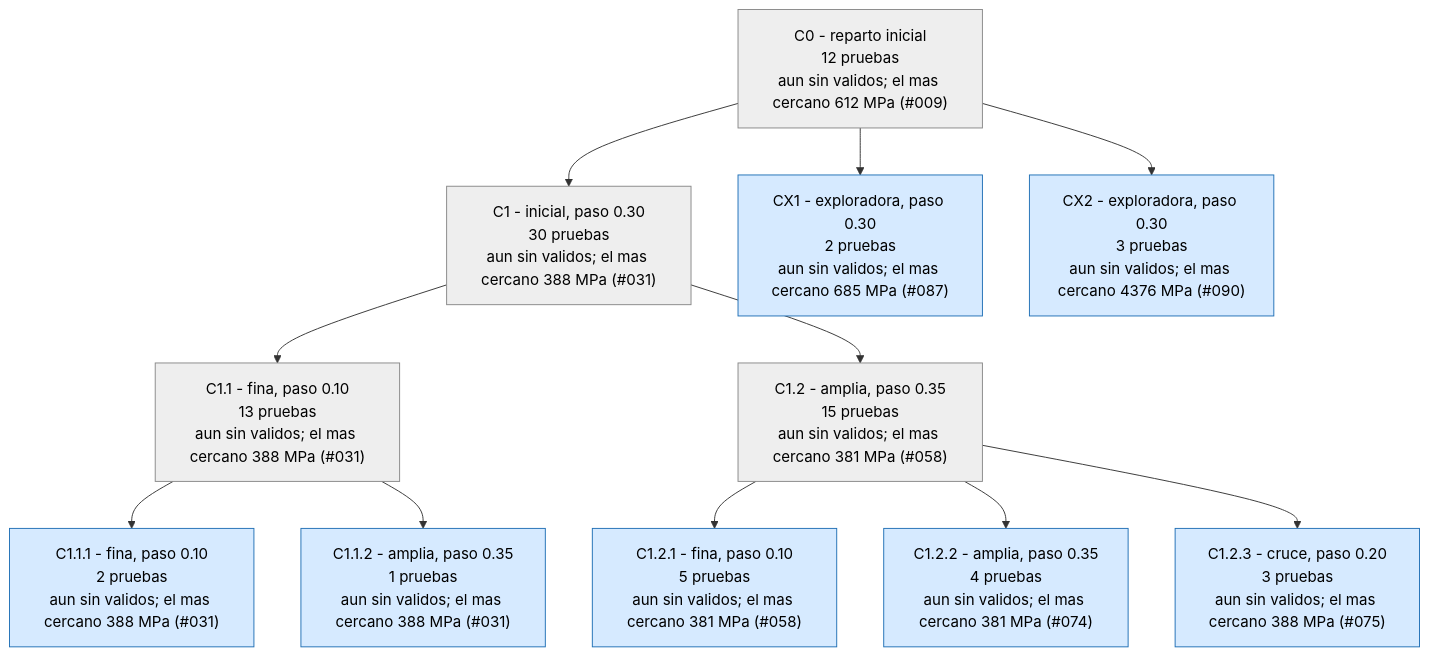
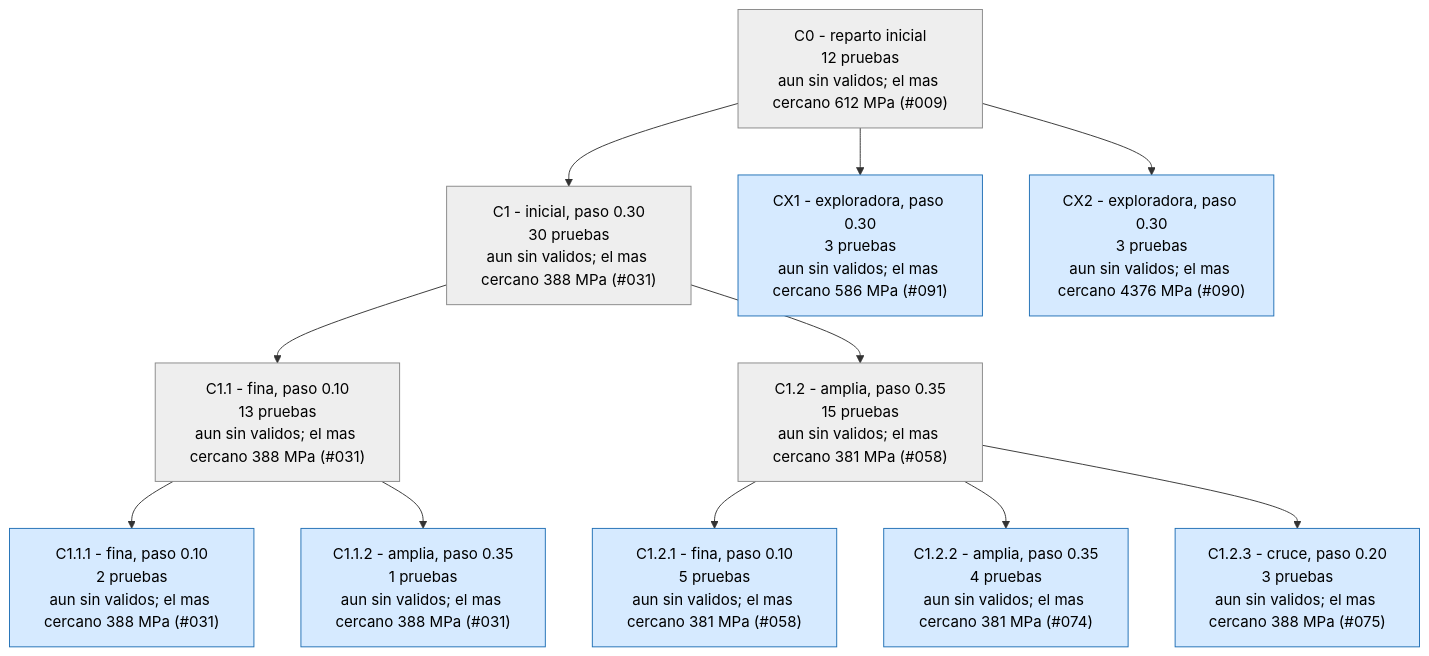
The third of 4 diagrams in runs/opt_37800N/ARBOL.md (Hugiko/msd-soporte-optimizacion), drawn with Mermaid before and after one commit. The commit also changed 21 other files, not shown here.

````diff
--- a/runs/opt_37800N/ARBOL.md
+++ b/runs/opt_37800N/ARBOL.md
@@ -109,27 +109,27 @@
 ```mermaid
 graph TD
 classDef activa fill:#d6eaff,stroke:#1f6fb5,color:#000
 classDef fin fill:#eeeeee,stroke:#888,color:#000
 classDef mejor fill:#c8f0c0,stroke:#1a9850,stroke-width:4px,color:#000
 C0["C0 - reparto inicial<br/>12 pruebas<br/>aun sin validos; el mas cercano 612 MPa (#009)"]:::fin
 C1["C1 - inicial, paso 0.30<br/>30 pruebas<br/>aun sin validos; el mas cercano 388 MPa (#031)"]:::fin
 C0 --> C1
 C1_1["C1.1 - fina, paso 0.10<br/>13 pruebas<br/>aun sin validos; el mas cercano 388 MPa (#031)"]:::fin
 C1 --> C1_1
 C1_2["C1.2 - amplia, paso 0.35<br/>15 pruebas<br/>aun sin validos; el mas cercano 381 MPa (#058)"]:::fin
 C1 --> C1_2
 C1_1_1["C1.1.1 - fina, paso 0.10<br/>2 pruebas<br/>aun sin validos; el mas cercano 388 MPa (#031)"]:::activa
 C1_1 --> C1_1_1
 C1_1_2["C1.1.2 - amplia, paso 0.35<br/>1 pruebas<br/>aun sin validos; el mas cercano 388 MPa (#031)"]:::activa
 C1_1 --> C1_1_2
 C1_2_1["C1.2.1 - fina, paso 0.10<br/>5 pruebas<br/>aun sin validos; el mas cercano 381 MPa (#058)"]:::activa
 C1_2 --> C1_2_1
 C1_2_2["C1.2.2 - amplia, paso 0.35<br/>4 pruebas<br/>aun sin validos; el mas cercano 381 MPa (#074)"]:::activa
 C1_2 --> C1_2_2
 C1_2_3["C1.2.3 - cruce, paso 0.20<br/>3 pruebas<br/>aun sin validos; el mas cercano 388 MPa (#075)"]:::activa
 C1_2 --> C1_2_3
-CX1["CX1 - exploradora, paso 0.30<br/>2 pruebas<br/>aun sin validos; el mas cercano 685 MPa (#087)"]:::activa
+CX1["CX1 - exploradora, paso 0.30<br/>3 pruebas<br/>aun sin validos; el mas cercano 586 MPa (#091)"]:::activa
 C0 --> CX1
 CX2["CX2 - exploradora, paso 0.30<br/>3 pruebas<br/>aun sin validos; el mas cercano 4376 MPa (#090)"]:::activa
 C0 --> CX2
 ```
````
